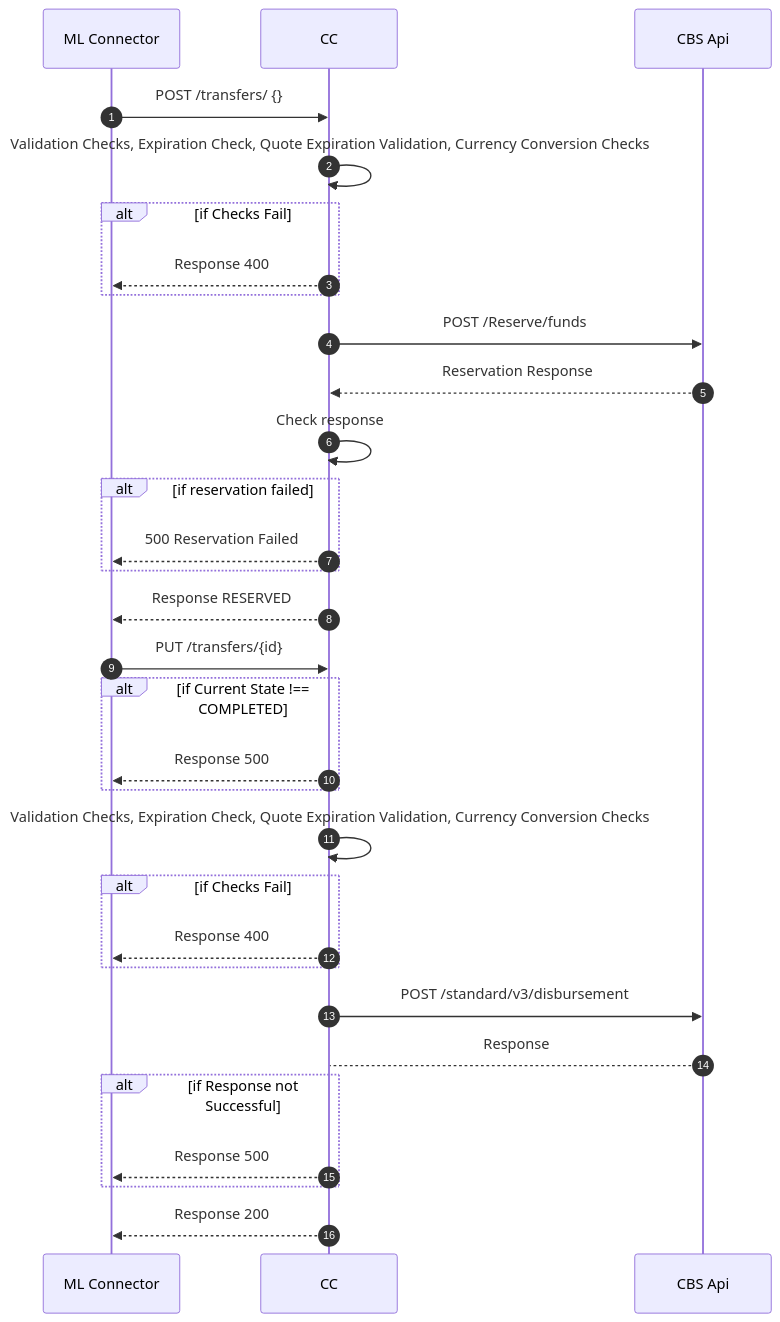
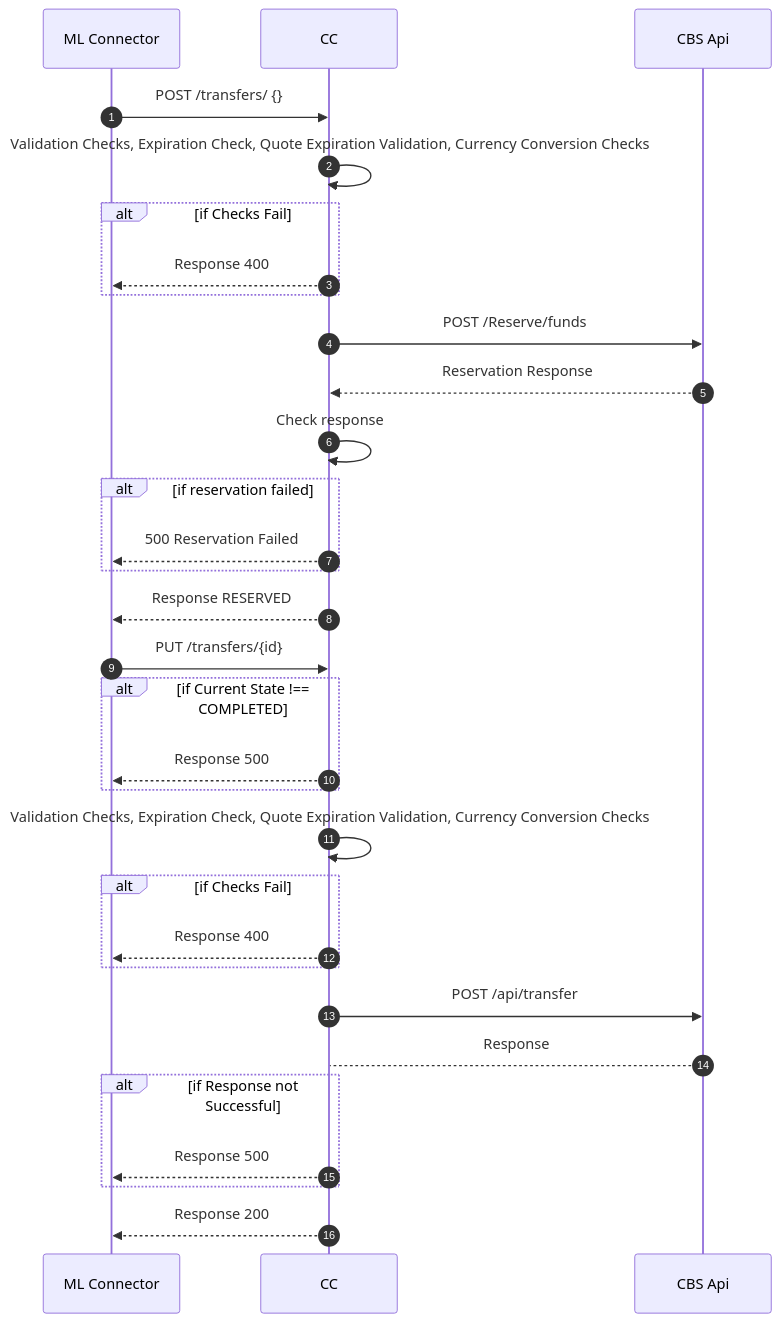
The diagram in national-bank-mw-core-connector/docs/payee-transfers.md (mojaloop/ml-reference-connectors), drawn with Mermaid before and after one commit. The commit also changed 5 other files, not shown here.

````diff
--- a/national-bank-mw-core-connector/docs/payee-transfers.md
+++ b/national-bank-mw-core-connector/docs/payee-transfers.md
@@ -14,31 +14,31 @@
 ```mermaid
 sequenceDiagram
   autoNumber
 ML Connector ->> CC:  POST /transfers/ {}
 CC->>CC:Validation Checks, Expiration Check, Quote Expiration Validation, Currency Conversion Checks
 Alt if Checks Fail
 CC-->>ML Connector: Response 400
 End
 CC->>CBS Api: POST /Reserve/funds
 CBS Api-->> CC: Reservation Response
 CC->>CC: Check response
 Alt if reservation failed
 CC-->>ML Connector: 500 Reservation Failed
 End
 CC-->>ML Connector: Response RESERVED
 ML Connector->>CC: PUT /transfers/{id}
 Alt if Current State !== COMPLETED
 CC-->>ML Connector: Response 500
 End
 CC->>CC: Validation Checks, Expiration Check, Quote Expiration Validation, Currency Conversion Checks
 Alt if Checks Fail
 CC-->>ML Connector: Response 400
 End
-CC->>CBS Api: POST /standard/v3/disbursement
+CC->>CBS Api: POST /api/transfer
 CBS Api-->CC: Response
 Alt if Response not Successful
 CC-->>ML Connector: Response 500
 End
 CC-->>ML Connector: Response 200
 
 ```
````
